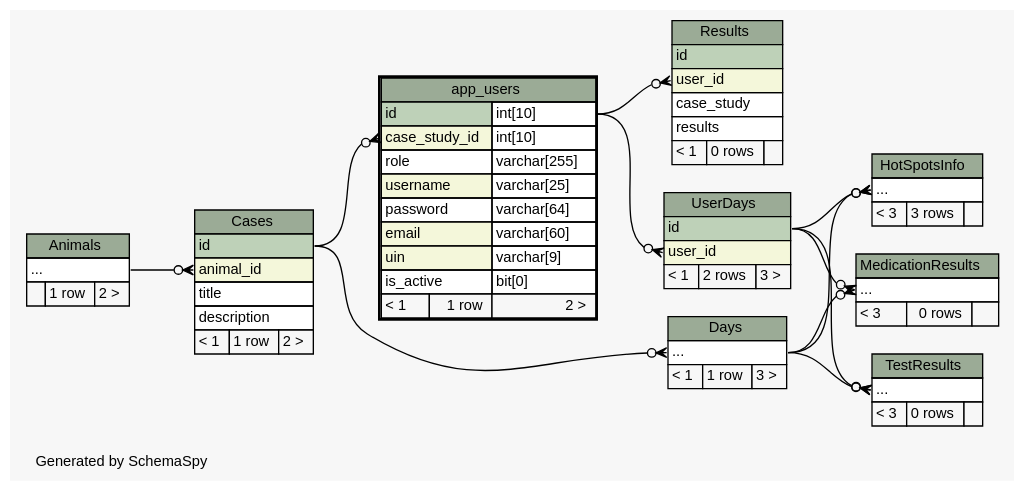
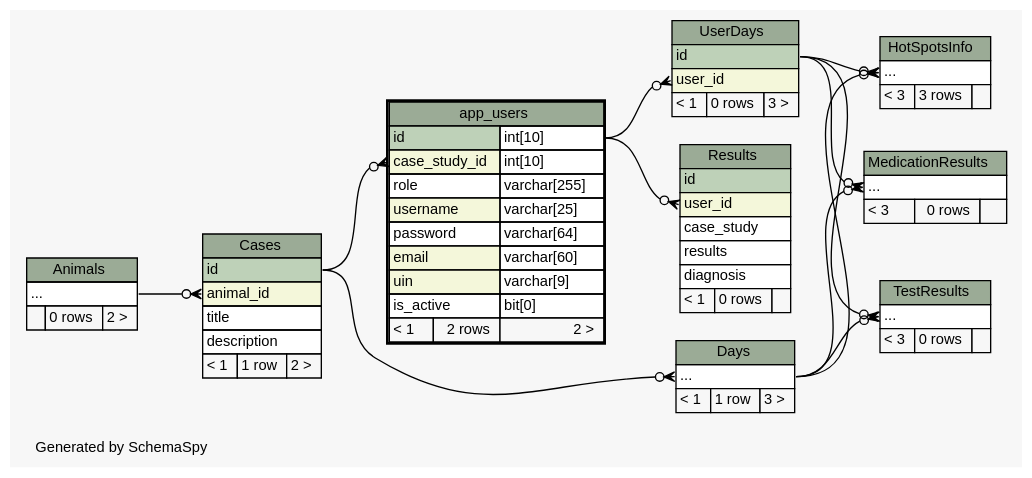
The diagram in web/files/schema/diagrams/app_users.2degrees.dot (carrel2/CaseStudies), drawn with Graphviz before and after one commit. The commit also changed 228 other files, not shown here.

```diff
--- a/web/files/schema/diagrams/app_users.2degrees.dot
+++ b/web/files/schema/diagrams/app_users.2degrees.dot
@@ -1,137 +1,138 @@
-// dot 2.38.0 on Linux 4.4.0-67-generic
+// dot 2.38.0 on Linux 4.4.0-72-generic
 // SchemaSpy rev 590
 digraph "twoDegreesRelationshipsDiagram" {
   graph [
     rankdir="RL"
     bgcolor="#f7f7f7"
     label="\nGenerated by SchemaSpy"
     labeljust="l"
     nodesep="0.18"
     ranksep="0.46"
     fontname="Helvetica"
     fontsize="11"
   ];
   node [
     fontname="Helvetica"
     fontsize="11"
     shape="plaintext"
   ];
   edge [
     arrowsize="0.8"
   ];
   "app_users":"case_study_id":w -> "Cases":"id":e [arrowhead=none dir=back arrowtail=crowodot];
   "Cases":"animal_id":w -> "Animals":"elipses":e [arrowhead=none dir=back arrowtail=crowodot];
   "Days":"elipses":w -> "Cases":"id":e [arrowhead=none dir=back arrowtail=crowodot];
   "HotSpotsInfo":"elipses":w -> "Days":"elipses":e [arrowhead=none dir=back arrowtail=crowodot];
   "HotSpotsInfo":"elipses":w -> "UserDays":"id":e [arrowhead=none dir=back arrowtail=crowodot];
   "MedicationResults":"elipses":w -> "Days":"elipses":e [arrowhead=none dir=back arrowtail=crowodot];
   "MedicationResults":"elipses":w -> "UserDays":"id":e [arrowhead=none dir=back arrowtail=crowodot];
   "Results":"user_id":w -> "app_users":"id.type":e [arrowhead=none dir=back arrowtail=crowodot];
   "TestResults":"elipses":w -> "Days":"elipses":e [arrowhead=none dir=back arrowtail=crowodot];
   "TestResults":"elipses":w -> "UserDays":"id":e [arrowhead=none dir=back arrowtail=crowodot];
   "UserDays":"user_id":w -> "app_users":"id.type":e [arrowhead=none dir=back arrowtail=crowodot];
   "Animals" [
     label=<
     <TABLE BORDER="0" CELLBORDER="1" CELLSPACING="0" BGCOLOR="#ffffff">
       <TR><TD COLSPAN="3" BGCOLOR="#9bab96" ALIGN="CENTER">Animals</TD></TR>
       <TR><TD PORT="elipses" COLSPAN="3" ALIGN="LEFT">...</TD></TR>
-      <TR><TD ALIGN="LEFT" BGCOLOR="#f7f7f7">  </TD><TD ALIGN="RIGHT" BGCOLOR="#f7f7f7">1 row</TD><TD ALIGN="RIGHT" BGCOLOR="#f7f7f7">2 &gt;</TD></TR>
+      <TR><TD ALIGN="LEFT" BGCOLOR="#f7f7f7">  </TD><TD ALIGN="RIGHT" BGCOLOR="#f7f7f7">0 rows</TD><TD ALIGN="RIGHT" BGCOLOR="#f7f7f7">2 &gt;</TD></TR>
     </TABLE>>
     URL="Animals.html"
     tooltip="Animals"
   ];
   "app_users" [
     label=<
     <TABLE BORDER="2" CELLBORDER="1" CELLSPACING="0" BGCOLOR="#ffffff">
       <TR><TD COLSPAN="3" BGCOLOR="#9bab96" ALIGN="CENTER">app_users</TD></TR>
       <TR><TD PORT="id" COLSPAN="2" BGCOLOR="#bed1b8" ALIGN="LEFT">id</TD><TD PORT="id.type" ALIGN="LEFT">int[10]</TD></TR>
       <TR><TD PORT="case_study_id" COLSPAN="2" BGCOLOR="#f4f7da" ALIGN="LEFT">case_study_id</TD><TD PORT="case_study_id.type" ALIGN="LEFT">int[10]</TD></TR>
       <TR><TD PORT="role" COLSPAN="2" ALIGN="LEFT">role</TD><TD PORT="role.type" ALIGN="LEFT">varchar[255]</TD></TR>
       <TR><TD PORT="username" COLSPAN="2" BGCOLOR="#f4f7da" ALIGN="LEFT">username</TD><TD PORT="username.type" ALIGN="LEFT">varchar[25]</TD></TR>
       <TR><TD PORT="password" COLSPAN="2" ALIGN="LEFT">password</TD><TD PORT="password.type" ALIGN="LEFT">varchar[64]</TD></TR>
       <TR><TD PORT="email" COLSPAN="2" BGCOLOR="#f4f7da" ALIGN="LEFT">email</TD><TD PORT="email.type" ALIGN="LEFT">varchar[60]</TD></TR>
       <TR><TD PORT="uin" COLSPAN="2" BGCOLOR="#f4f7da" ALIGN="LEFT">uin</TD><TD PORT="uin.type" ALIGN="LEFT">varchar[9]</TD></TR>
       <TR><TD PORT="is_active" COLSPAN="2" ALIGN="LEFT">is_active</TD><TD PORT="is_active.type" ALIGN="LEFT">bit[0]</TD></TR>
-      <TR><TD ALIGN="LEFT" BGCOLOR="#f7f7f7">&lt; 1</TD><TD ALIGN="RIGHT" BGCOLOR="#f7f7f7">1 row</TD><TD ALIGN="RIGHT" BGCOLOR="#f7f7f7">2 &gt;</TD></TR>
+      <TR><TD ALIGN="LEFT" BGCOLOR="#f7f7f7">&lt; 1</TD><TD ALIGN="RIGHT" BGCOLOR="#f7f7f7">2 rows</TD><TD ALIGN="RIGHT" BGCOLOR="#f7f7f7">2 &gt;</TD></TR>
     </TABLE>>
     URL="app_users.html"
     tooltip="app_users"
   ];
   "Cases" [
     label=<
     <TABLE BORDER="0" CELLBORDER="1" CELLSPACING="0" BGCOLOR="#ffffff">
       <TR><TD COLSPAN="3" BGCOLOR="#9bab96" ALIGN="CENTER">Cases</TD></TR>
       <TR><TD PORT="id" COLSPAN="3" BGCOLOR="#bed1b8" ALIGN="LEFT">id</TD></TR>
       <TR><TD PORT="animal_id" COLSPAN="3" BGCOLOR="#f4f7da" ALIGN="LEFT">animal_id</TD></TR>
       <TR><TD PORT="title" COLSPAN="3" ALIGN="LEFT">title</TD></TR>
       <TR><TD PORT="description" COLSPAN="3" ALIGN="LEFT">description</TD></TR>
       <TR><TD ALIGN="LEFT" BGCOLOR="#f7f7f7">&lt; 1</TD><TD ALIGN="RIGHT" BGCOLOR="#f7f7f7">1 row</TD><TD ALIGN="RIGHT" BGCOLOR="#f7f7f7">2 &gt;</TD></TR>
     </TABLE>>
     URL="Cases.html"
     tooltip="Cases"
   ];
   "Days" [
     label=<
     <TABLE BORDER="0" CELLBORDER="1" CELLSPACING="0" BGCOLOR="#ffffff">
       <TR><TD COLSPAN="3" BGCOLOR="#9bab96" ALIGN="CENTER">Days</TD></TR>
       <TR><TD PORT="elipses" COLSPAN="3" ALIGN="LEFT">...</TD></TR>
       <TR><TD ALIGN="LEFT" BGCOLOR="#f7f7f7">&lt; 1</TD><TD ALIGN="RIGHT" BGCOLOR="#f7f7f7">1 row</TD><TD ALIGN="RIGHT" BGCOLOR="#f7f7f7">3 &gt;</TD></TR>
     </TABLE>>
     URL="Days.html"
     tooltip="Days"
   ];
   "HotSpotsInfo" [
     label=<
     <TABLE BORDER="0" CELLBORDER="1" CELLSPACING="0" BGCOLOR="#ffffff">
       <TR><TD COLSPAN="3" BGCOLOR="#9bab96" ALIGN="CENTER">HotSpotsInfo</TD></TR>
       <TR><TD PORT="elipses" COLSPAN="3" ALIGN="LEFT">...</TD></TR>
       <TR><TD ALIGN="LEFT" BGCOLOR="#f7f7f7">&lt; 3</TD><TD ALIGN="RIGHT" BGCOLOR="#f7f7f7">3 rows</TD><TD ALIGN="RIGHT" BGCOLOR="#f7f7f7">  </TD></TR>
     </TABLE>>
     URL="HotSpotsInfo.html"
     tooltip="HotSpotsInfo"
   ];
   "MedicationResults" [
     label=<
     <TABLE BORDER="0" CELLBORDER="1" CELLSPACING="0" BGCOLOR="#ffffff">
       <TR><TD COLSPAN="3" BGCOLOR="#9bab96" ALIGN="CENTER">MedicationResults</TD></TR>
       <TR><TD PORT="elipses" COLSPAN="3" ALIGN="LEFT">...</TD></TR>
       <TR><TD ALIGN="LEFT" BGCOLOR="#f7f7f7">&lt; 3</TD><TD ALIGN="RIGHT" BGCOLOR="#f7f7f7">0 rows</TD><TD ALIGN="RIGHT" BGCOLOR="#f7f7f7">  </TD></TR>
     </TABLE>>
     URL="MedicationResults.html"
     tooltip="MedicationResults"
   ];
   "Results" [
     label=<
     <TABLE BORDER="0" CELLBORDER="1" CELLSPACING="0" BGCOLOR="#ffffff">
       <TR><TD COLSPAN="3" BGCOLOR="#9bab96" ALIGN="CENTER">Results</TD></TR>
       <TR><TD PORT="id" COLSPAN="3" BGCOLOR="#bed1b8" ALIGN="LEFT">id</TD></TR>
       <TR><TD PORT="user_id" COLSPAN="3" BGCOLOR="#f4f7da" ALIGN="LEFT">user_id</TD></TR>
       <TR><TD PORT="case_study" COLSPAN="3" ALIGN="LEFT">case_study</TD></TR>
       <TR><TD PORT="results" COLSPAN="3" ALIGN="LEFT">results</TD></TR>
+      <TR><TD PORT="diagnosis" COLSPAN="3" ALIGN="LEFT">diagnosis</TD></TR>
       <TR><TD ALIGN="LEFT" BGCOLOR="#f7f7f7">&lt; 1</TD><TD ALIGN="RIGHT" BGCOLOR="#f7f7f7">0 rows</TD><TD ALIGN="RIGHT" BGCOLOR="#f7f7f7">  </TD></TR>
     </TABLE>>
     URL="Results.html"
     tooltip="Results"
   ];
   "TestResults" [
     label=<
     <TABLE BORDER="0" CELLBORDER="1" CELLSPACING="0" BGCOLOR="#ffffff">
       <TR><TD COLSPAN="3" BGCOLOR="#9bab96" ALIGN="CENTER">TestResults</TD></TR>
       <TR><TD PORT="elipses" COLSPAN="3" ALIGN="LEFT">...</TD></TR>
       <TR><TD ALIGN="LEFT" BGCOLOR="#f7f7f7">&lt; 3</TD><TD ALIGN="RIGHT" BGCOLOR="#f7f7f7">0 rows</TD><TD ALIGN="RIGHT" BGCOLOR="#f7f7f7">  </TD></TR>
     </TABLE>>
     URL="TestResults.html"
     tooltip="TestResults"
   ];
   "UserDays" [
     label=<
     <TABLE BORDER="0" CELLBORDER="1" CELLSPACING="0" BGCOLOR="#ffffff">
       <TR><TD COLSPAN="3" BGCOLOR="#9bab96" ALIGN="CENTER">UserDays</TD></TR>
       <TR><TD PORT="id" COLSPAN="3" BGCOLOR="#bed1b8" ALIGN="LEFT">id</TD></TR>
       <TR><TD PORT="user_id" COLSPAN="3" BGCOLOR="#f4f7da" ALIGN="LEFT">user_id</TD></TR>
-      <TR><TD ALIGN="LEFT" BGCOLOR="#f7f7f7">&lt; 1</TD><TD ALIGN="RIGHT" BGCOLOR="#f7f7f7">2 rows</TD><TD ALIGN="RIGHT" BGCOLOR="#f7f7f7">3 &gt;</TD></TR>
+      <TR><TD ALIGN="LEFT" BGCOLOR="#f7f7f7">&lt; 1</TD><TD ALIGN="RIGHT" BGCOLOR="#f7f7f7">0 rows</TD><TD ALIGN="RIGHT" BGCOLOR="#f7f7f7">3 &gt;</TD></TR>
     </TABLE>>
     URL="UserDays.html"
     tooltip="UserDays"
   ];
 }
```
